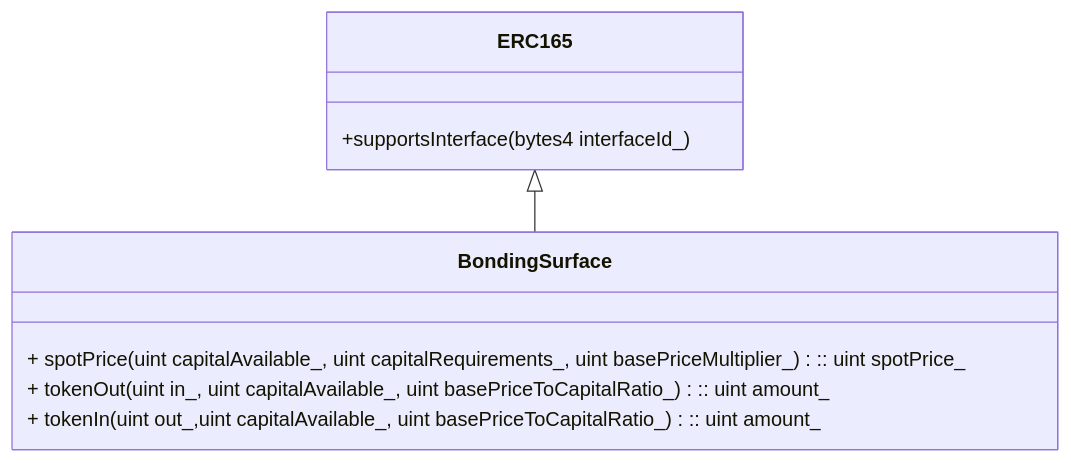
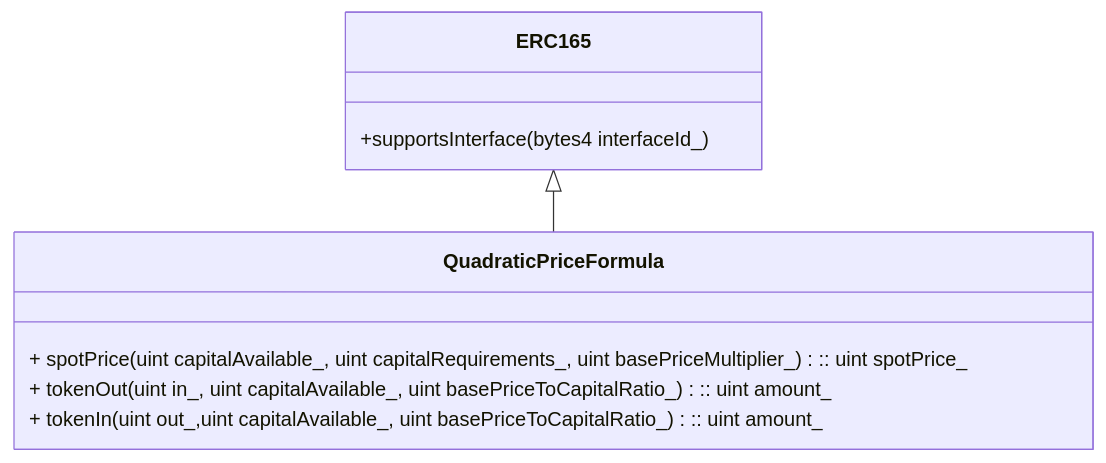
Before and after one commit to InverterNetwork/contracts: the first of 4 diagrams in docs/modules/fundingManager/bondingCurve/formulas/BondingSurface.md, drawn with Mermaid. The commit also changed other lines of this file and 23 other files, not shown here.

Commit message:
Rename BondingSurface

````diff
--- a/docs/modules/fundingManager/bondingCurve/formulas/BondingSurface.md
+++ b/docs/modules/fundingManager/bondingCurve/formulas/BondingSurface.md
@@ -5,16 +5,16 @@
 ```mermaid
 classDiagram
-    ERC165 <|-- BondingSurface
+    ERC165 <|-- QuadraticPriceFormula
 
 
-    class BondingSurface{
+    class QuadraticPriceFormula{
         + spotPrice(uint capitalAvailable_, uint capitalRequirements_, uint basePriceMultiplier_) :: uint spotPrice_
         + tokenOut(uint in_, uint capitalAvailable_, uint basePriceToCapitalRatio_) :: uint amount_
         + tokenIn(uint out_,uint capitalAvailable_, uint basePriceToCapitalRatio_) :: uint amount_
     }
 
     class ERC165{
         +supportsInterface(bytes4 interfaceId_)
     }
 
 ```
````
